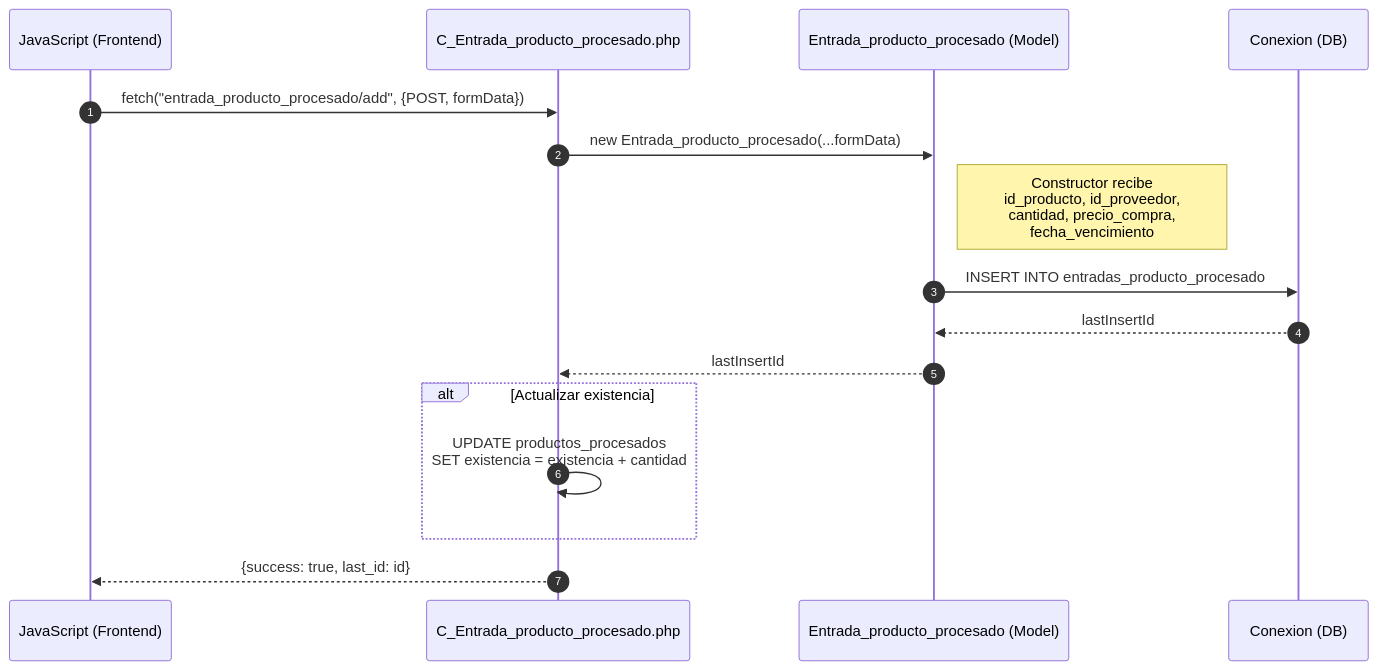
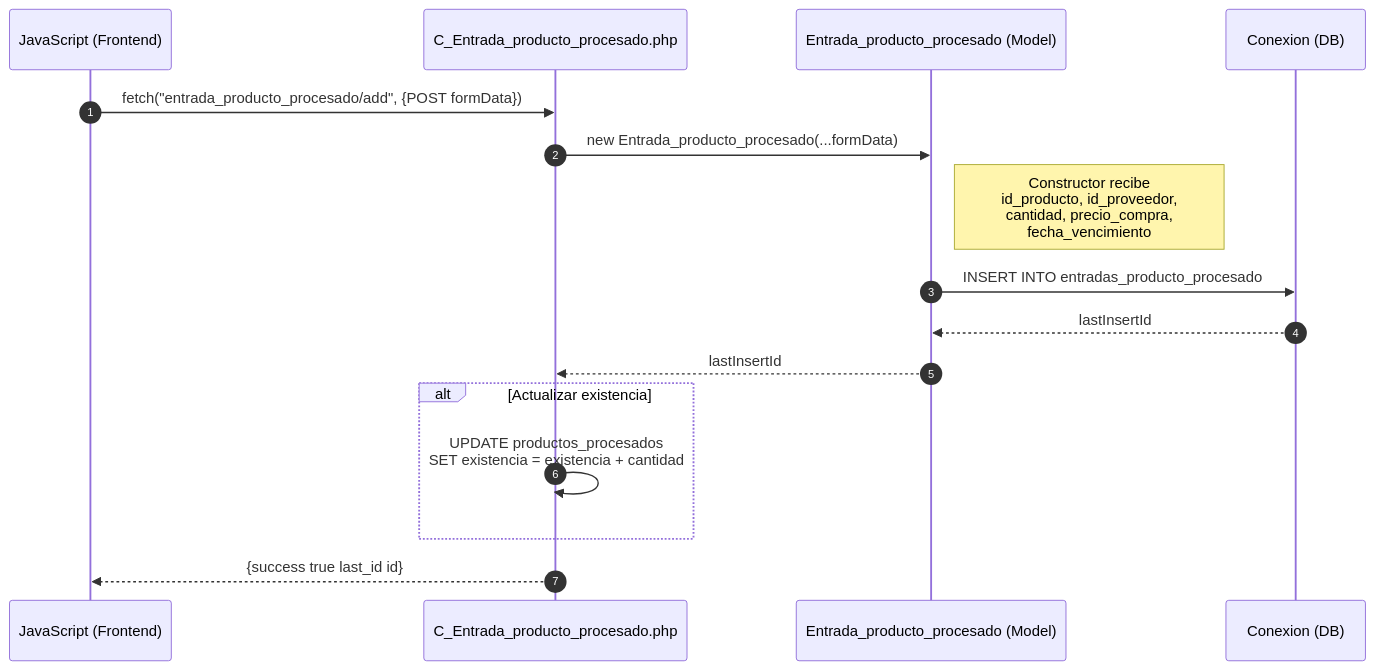
The second of 6 diagrams in docs/secuencia/productos/producto_procesado.md (Tecrato/BurgerHouse), drawn with Mermaid before and after one commit. The commit also changed other lines of this file and 13 other files, not shown here.

Commit message:
diagramas de secuencia

````diff
--- a/docs/secuencia/productos/producto_procesado.md
+++ b/docs/secuencia/productos/producto_procesado.md
@@ -36,23 +36,23 @@
 ```mermaid
 sequenceDiagram
     autonumber
     participant JS as JavaScript (Frontend)
     participant C_Entrada_PP as C_Entrada_producto_procesado.php
     participant Entrada_PP as Entrada_producto_procesado (Model)
     participant DB as Conexion (DB)
     
-    JS->>C_Entrada_PP: fetch("entrada_producto_procesado/add", {POST, formData})
+    JS->>C_Entrada_PP: fetch("entrada_producto_procesado/add", {POST formData})
     
     C_Entrada_PP->>Entrada_PP: new Entrada_producto_procesado(...formData)
     Note right of Entrada_PP: Constructor recibe<br/>id_producto, id_proveedor,<br/>cantidad, precio_compra,<br/>fecha_vencimiento
     
     Entrada_PP->>DB: INSERT INTO entradas_producto_procesado
     DB-->>Entrada_PP: lastInsertId
     Entrada_PP-->>C_Entrada_PP: lastInsertId
     
     alt Actualizar existencia
         C_Entrada_PP->>C_Entrada_PP: UPDATE productos_procesados<br/>SET existencia = existencia + cantidad
     end
     
-    C_Entrada_PP-->>JS: {success: true, last_id: id}
+    C_Entrada_PP-->>JS: {success true last_id id}
 ```
````
